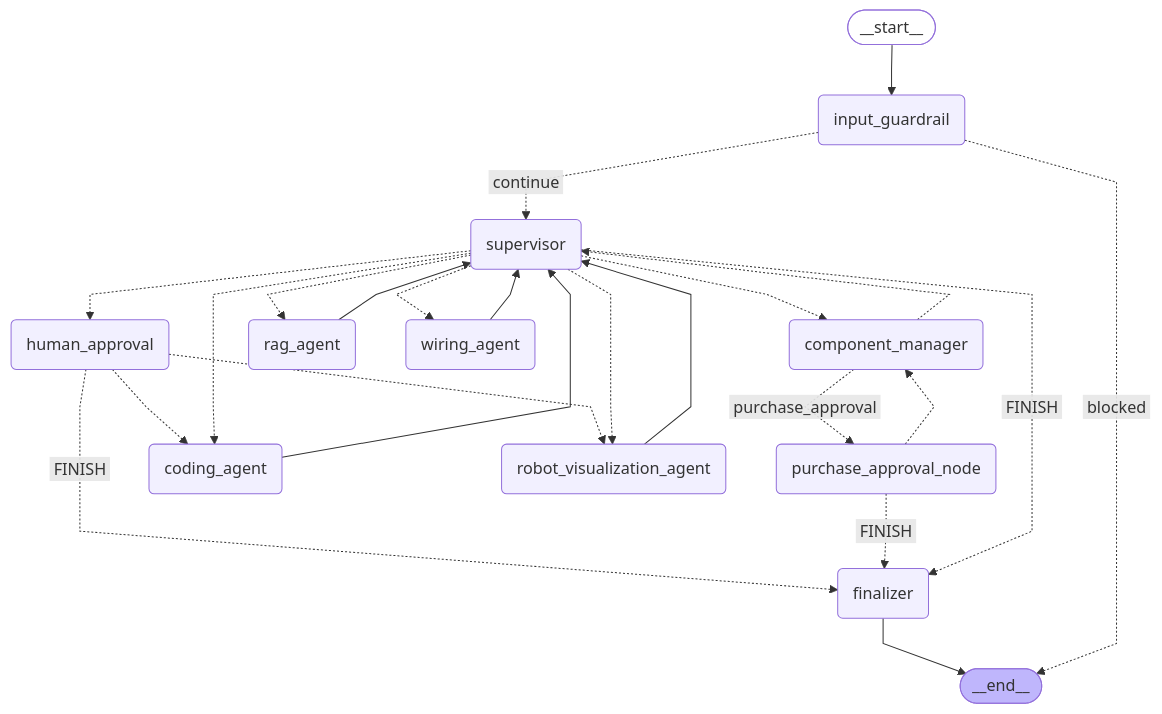
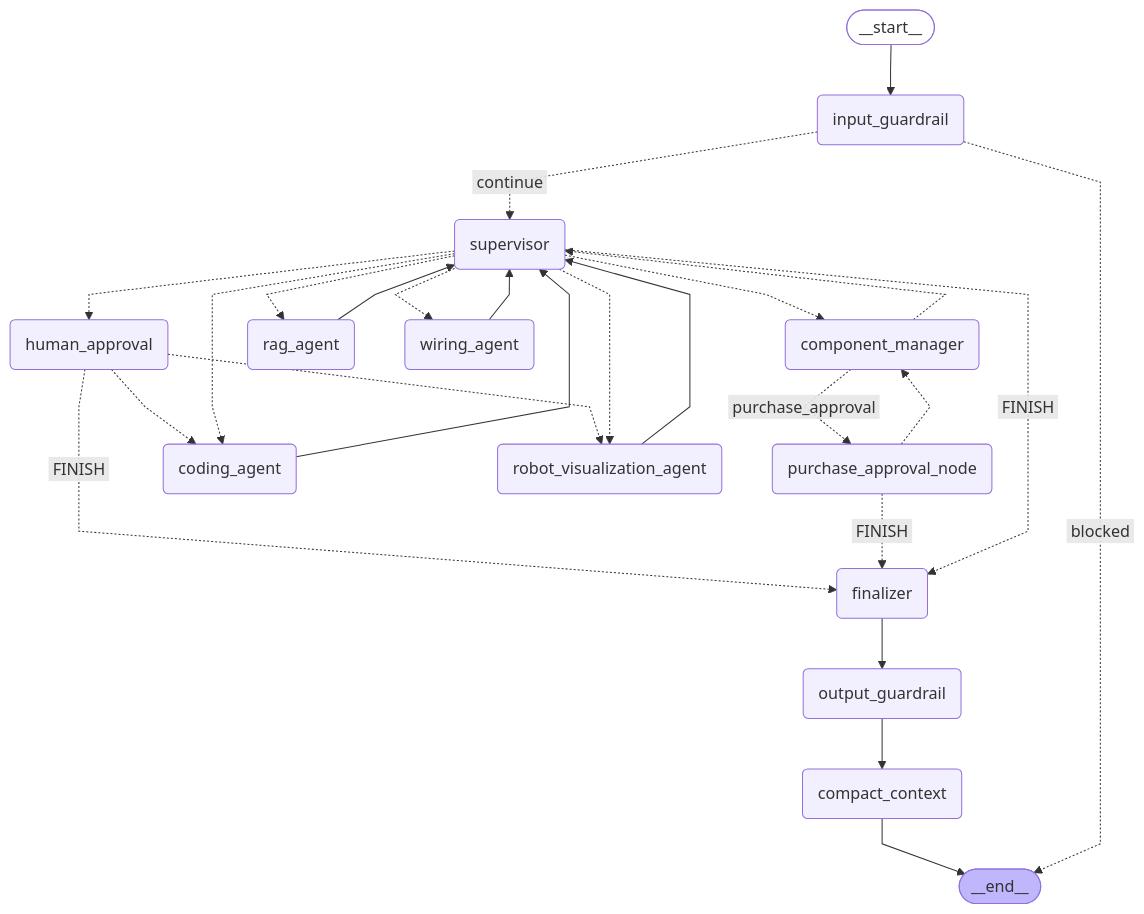
Before and after one commit to rayentabet/Assigment_10: the diagram in docs/architecture/langgraph_workflow.mmd, drawn with Mermaid. The commit also changed 3 other files, not shown here.

```diff
--- a/docs/architecture/langgraph_workflow.mmd
+++ b/docs/architecture/langgraph_workflow.mmd
@@ -1,43 +1,47 @@
 ---
 config:
   flowchart:
     curve: linear
 ---
 graph TD;
 	__start__([<p>__start__</p>]):::first
 	input_guardrail(input_guardrail)
 	supervisor(supervisor)
 	human_approval(human_approval)
 	component_manager(component_manager)
 	purchase_approval_node(purchase_approval_node)
 	finalizer(finalizer)
+	output_guardrail(output_guardrail)
+	compact_context(compact_context)
 	rag_agent(rag_agent)
 	coding_agent(coding_agent)
 	wiring_agent(wiring_agent)
 	robot_visualization_agent(robot_visualization_agent)
 	__end__([<p>__end__</p>]):::last
 	__start__ --> input_guardrail;
 	coding_agent --> supervisor;
 	component_manager -. &nbsp;purchase_approval&nbsp; .-> purchase_approval_node;
 	component_manager -.-> supervisor;
-	finalizer --> __end__;
+	finalizer --> output_guardrail;
+	output_guardrail --> compact_context;
+	compact_context --> __end__;
 	human_approval -.-> coding_agent;
 	human_approval -. &nbsp;FINISH&nbsp; .-> finalizer;
 	human_approval -.-> robot_visualization_agent;
 	input_guardrail -. &nbsp;blocked&nbsp; .-> __end__;
 	input_guardrail -. &nbsp;continue&nbsp; .-> supervisor;
 	purchase_approval_node -.-> component_manager;
 	purchase_approval_node -. &nbsp;FINISH&nbsp; .-> finalizer;
 	rag_agent --> supervisor;
 	robot_visualization_agent --> supervisor;
 	supervisor -.-> coding_agent;
 	supervisor -.-> component_manager;
 	supervisor -. &nbsp;FINISH&nbsp; .-> finalizer;
 	supervisor -.-> human_approval;
 	supervisor -.-> rag_agent;
 	supervisor -.-> robot_visualization_agent;
 	supervisor -.-> wiring_agent;
 	wiring_agent --> supervisor;
 	classDef default fill:#f2f0ff,line-height:1.2
 	classDef first fill-opacity:0
 	classDef last fill:#bfb6fc
```
